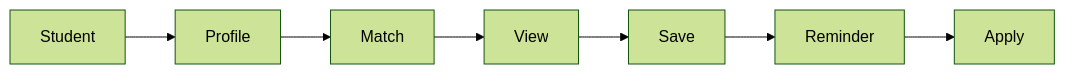
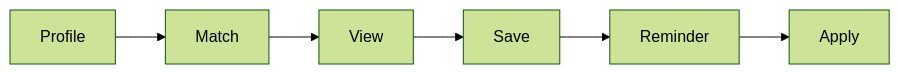
The third of 12 diagrams in README.md (mahik2007/hackathon), drawn with Mermaid (forest theme) before and after one commit. The commit also changed other lines of this file, not shown here.

````diff
--- a/README.md
+++ b/README.md
@@ -63,9 +51,4 @@
 ```mermaid
 flowchart LR
-    U[Student] --> P[Profile]
-    P --> M[Match]
-    M --> V[View]
-    V --> S[Save]
-    S --> R[Reminder]
-    R --> A[Apply]
+P[Profile] --> M[Match] --> V[View] --> S[Save] --> R[Reminder] --> A[Apply]
 ```
````
